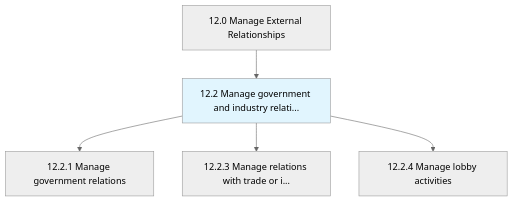
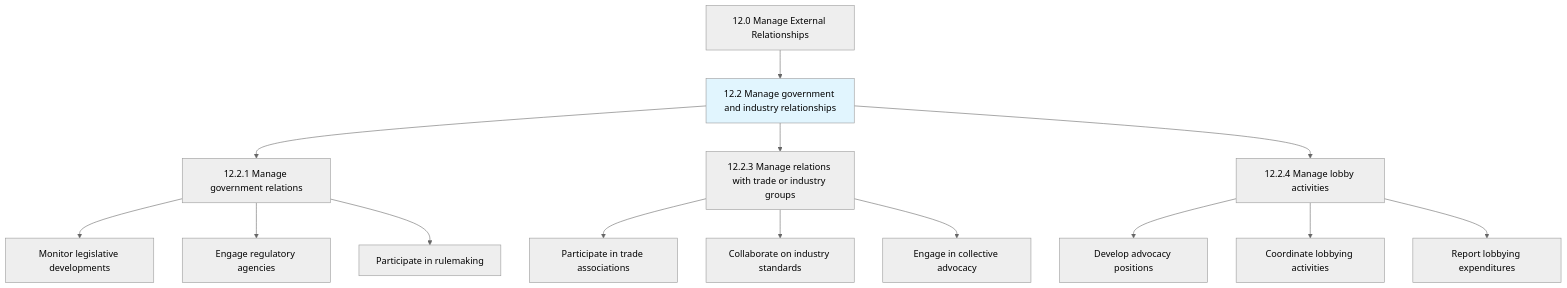
One commit to kziemski/business.org.ai changed the first of 4 diagrams in processes/12-External/12.2-ManageGovernmentIndustryRelationships/index.mdx. Above: the diagram before and after it, drawn with Mermaid (neutral theme). The commit also changed other lines of this file and 67 other files, not shown here.

````diff
--- a/processes/12-External/12.2-ManageGovernmentIndustryRelationships/index.mdx
+++ b/processes/12-External/12.2-ManageGovernmentIndustryRelationships/index.mdx
@@ -25,9 +29,21 @@
 ```mermaid
 graph TD
     C12["12.0 Manage External Relationships"]
-    C12 --> N12_2["12.2 Manage government and industry relati..."]
+    C12 --> N12_2["12.2 Manage government and industry relationships"]
     style N12_2 fill:#e1f5fe
     N12_2 --> N12_2_1["12.2.1 Manage government relations"]
-    N12_2 --> N12_2_3["12.2.3 Manage relations with trade or i..."]
+    N12_2 --> N12_2_3["12.2.3 Manage relations with trade or industry groups"]
     N12_2 --> N12_2_4["12.2.4 Manage lobby activities"]
+
+    N12_2_1 --> A1_1["Monitor legislative developments"]
+    N12_2_1 --> A1_2["Engage regulatory agencies"]
+    N12_2_1 --> A1_3["Participate in rulemaking"]
+
+    N12_2_3 --> A3_1["Participate in trade associations"]
+    N12_2_3 --> A3_2["Collaborate on industry standards"]
+    N12_2_3 --> A3_3["Engage in collective advocacy"]
+
+    N12_2_4 --> A4_1["Develop advocacy positions"]
+    N12_2_4 --> A4_2["Coordinate lobbying activities"]
+    N12_2_4 --> A4_3["Report lobbying expenditures"]
 ```
````
